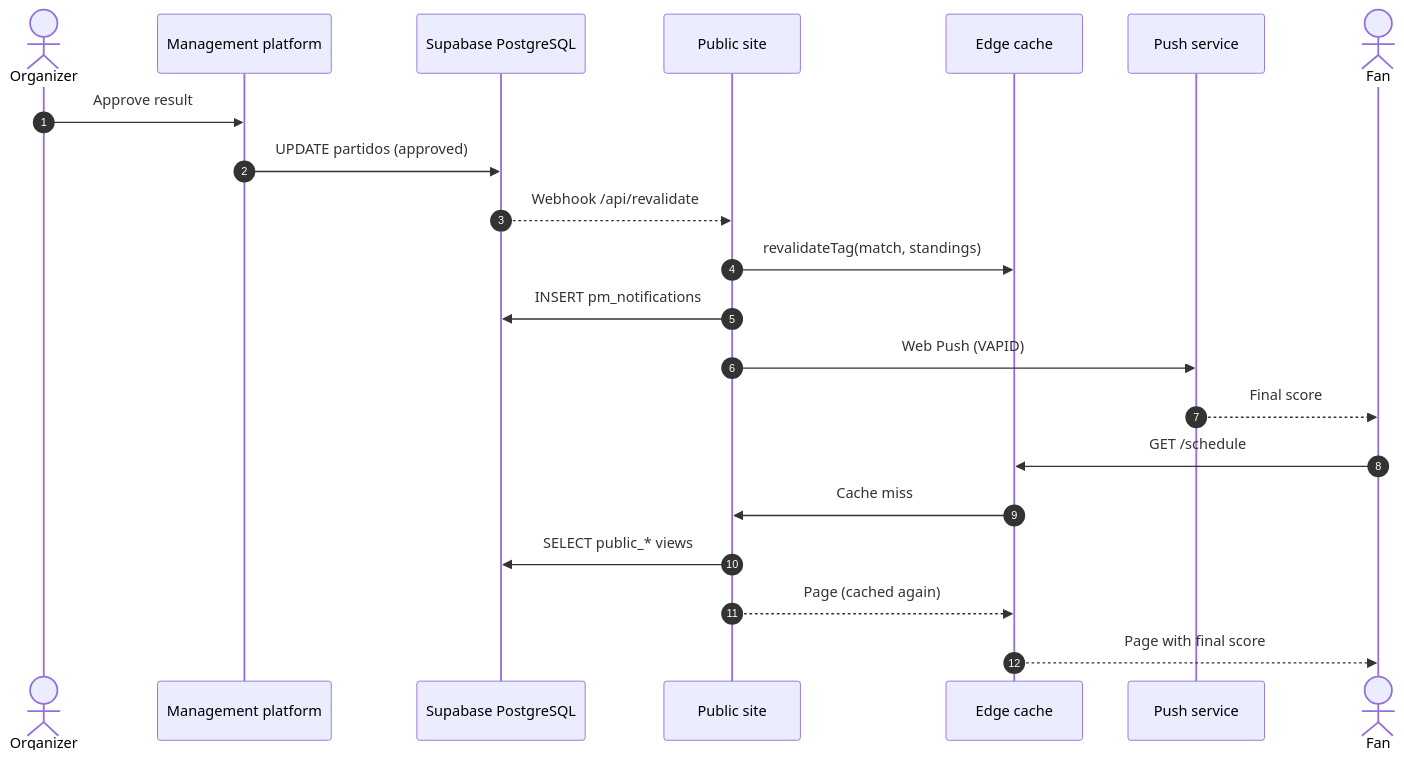
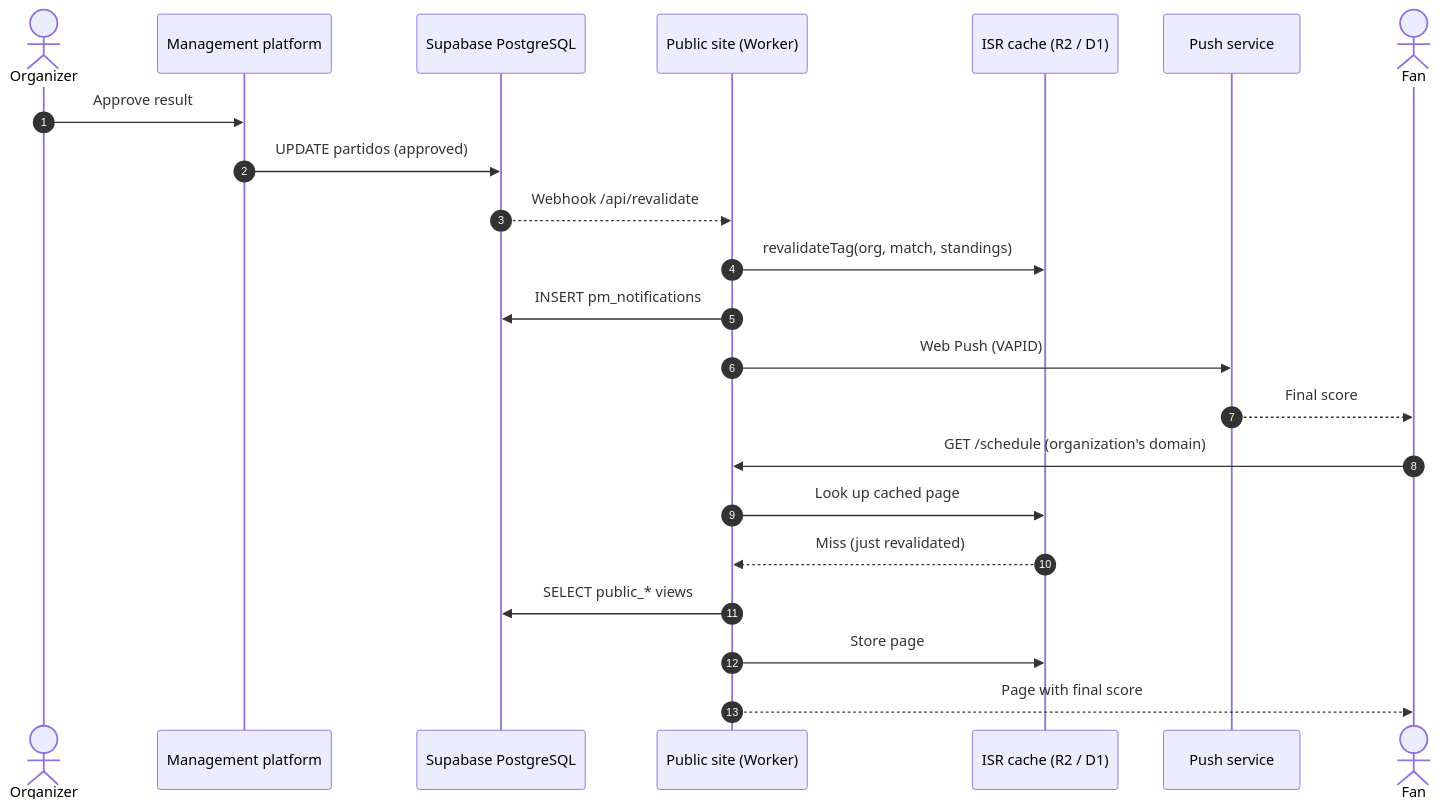
One commit to hmragencia/ingesoft2-tournament-platform changed the fifth of 6 diagrams in Workshop-2/07-architecture.md. Above: the diagram before and after it, drawn with Mermaid. The commit also changed other lines of this file and 20 other files, not shown here.

First line of the commit message:
Unify Workshop 2: explicit architecture style, Cloudflare, white-label

````diff
--- a/Workshop-2/07-architecture.md
+++ b/Workshop-2/07-architecture.md
@@ -115,23 +195,24 @@
 ```mermaid
 sequenceDiagram
   autonumber
   actor Org as Organizer
   participant MG as Management platform
   participant DB as Supabase PostgreSQL
-  participant PS as Public site
-  participant CDN as Edge cache
+  participant PS as Public site (Worker)
+  participant CA as ISR cache (R2 / D1)
   participant PU as Push service
   actor Fan
   Org->>MG: Approve result
   MG->>DB: UPDATE partidos (approved)
   DB-->>PS: Webhook /api/revalidate
-  PS->>CDN: revalidateTag(match, standings)
+  PS->>CA: revalidateTag(org, match, standings)
   PS->>DB: INSERT pm_notifications
   PS->>PU: Web Push (VAPID)
   PU-->>Fan: Final score
-  Fan->>CDN: GET /schedule
-  CDN->>PS: Cache miss
+  Fan->>PS: GET /schedule (organization's domain)
+  PS->>CA: Look up cached page
+  CA-->>PS: Miss (just revalidated)
   PS->>DB: SELECT public_* views
-  PS-->>CDN: Page (cached again)
-  CDN-->>Fan: Page with final score
+  PS->>CA: Store page
+  PS-->>Fan: Page with final score
 ```
````
